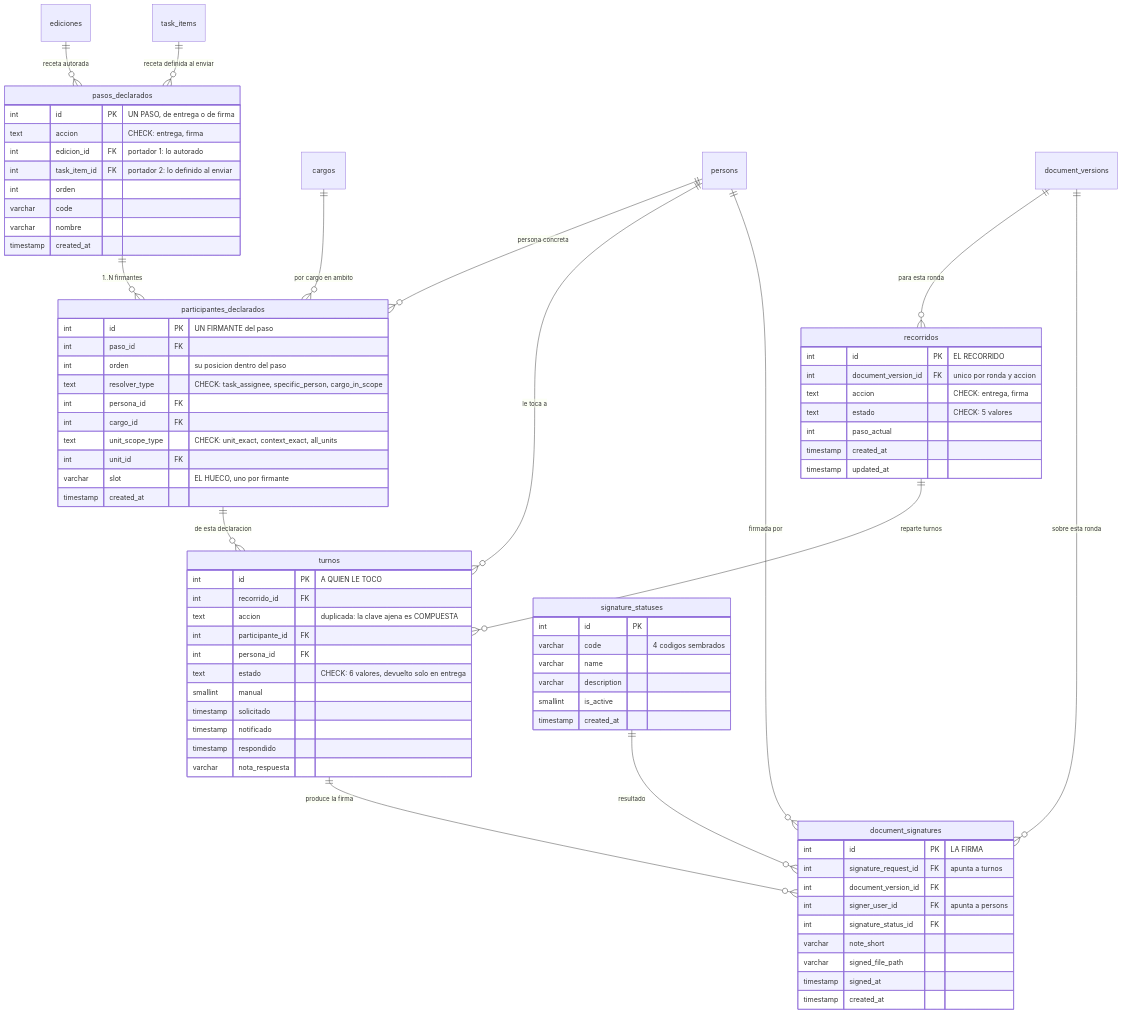
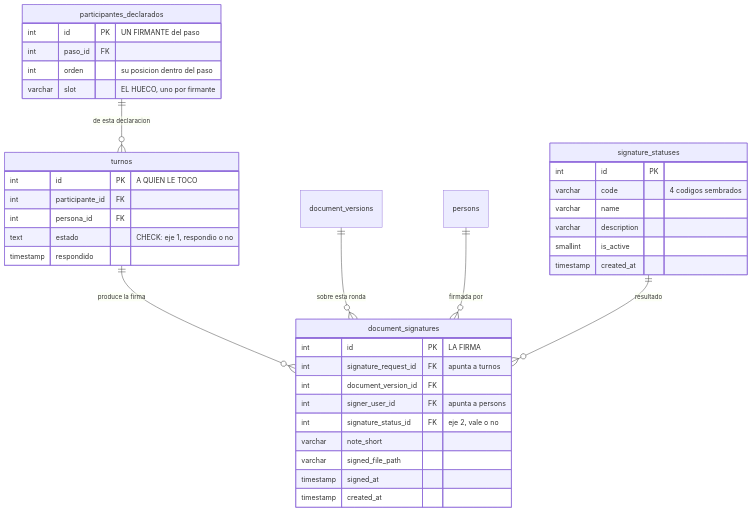
The diagram in docs/src/content/docs/modelo/flujo-de-firma.md (fresvel/deasy), drawn with Mermaid before and after one commit. The commit also changed other lines of this file and 71 other files, not shown here.

````diff
--- a/docs/src/content/docs/modelo/flujo-de-firma.md
+++ b/docs/src/content/docs/modelo/flujo-de-firma.md
@@ -183,80 +150,41 @@
 ```mermaid
 erDiagram
-  ediciones ||--o{ pasos_declarados : "receta autorada"
-  task_items ||--o{ pasos_declarados : "receta definida al enviar"
-  pasos_declarados ||--o{ participantes_declarados : "1..N firmantes"
-  cargos ||--o{ participantes_declarados : "por cargo en ambito"
-  persons ||--o{ participantes_declarados : "persona concreta"
-  document_versions ||--o{ recorridos : "para esta ronda"
-  recorridos ||--o{ turnos : "reparte turnos"
   participantes_declarados ||--o{ turnos : "de esta declaracion"
-  persons ||--o{ turnos : "le toca a"
   turnos ||--o{ document_signatures : "produce la firma"
   document_versions ||--o{ document_signatures : "sobre esta ronda"
   persons ||--o{ document_signatures : "firmada por"
   signature_statuses ||--o{ document_signatures : "resultado"
 
-  pasos_declarados {
-    int id PK "UN PASO, de entrega o de firma"
-    text accion "CHECK: entrega, firma"
-    int edicion_id FK "portador 1: lo autorado"
-    int task_item_id FK "portador 2: lo definido al enviar"
-    int orden
-    varchar code
-    varchar nombre
-    timestamp created_at
-  }
   participantes_declarados {
     int id PK "UN FIRMANTE del paso"
     int paso_id FK
     int orden "su posicion dentro del paso"
-    text resolver_type "CHECK: task_assignee, specific_person, cargo_in_scope"
-    int persona_id FK
-    int cargo_id FK
-    text unit_scope_type "CHECK: unit_exact, context_exact, all_units"
-    int unit_id FK
     varchar slot "EL HUECO, uno por firmante"
-    timestamp created_at
-  }
-  recorridos {
-    int id PK "EL RECORRIDO"
-    int document_version_id FK "unico por ronda y accion"
-    text accion "CHECK: entrega, firma"
-    text estado "CHECK: 5 valores"
-    int paso_actual
-    timestamp created_at
-    timestamp updated_at
   }
   turnos {
     int id PK "A QUIEN LE TOCO"
-    int recorrido_id FK
-    text accion "duplicada: la clave ajena es COMPUESTA"
     int participante_id FK
     int persona_id FK
-    text estado "CHECK: 6 valores, devuelto solo en entrega"
-    smallint manual
-    timestamp solicitado
-    timestamp notificado
+    text estado "CHECK: eje 1, respondio o no"
     timestamp respondido
-    varchar nota_respuesta
   }
   document_signatures {
     int id PK "LA FIRMA"
     int signature_request_id FK "apunta a turnos"
     int document_version_id FK
     int signer_user_id FK "apunta a persons"
-    int signature_status_id FK
+    int signature_status_id FK "eje 2, vale o no"
     varchar note_short
     varchar signed_file_path
     timestamp signed_at
     timestamp created_at
   }
   signature_statuses {
     int id PK
     varchar code "4 codigos sembrados"
     varchar name
     varchar description
     smallint is_active
     timestamp created_at
   }
 ```
````
